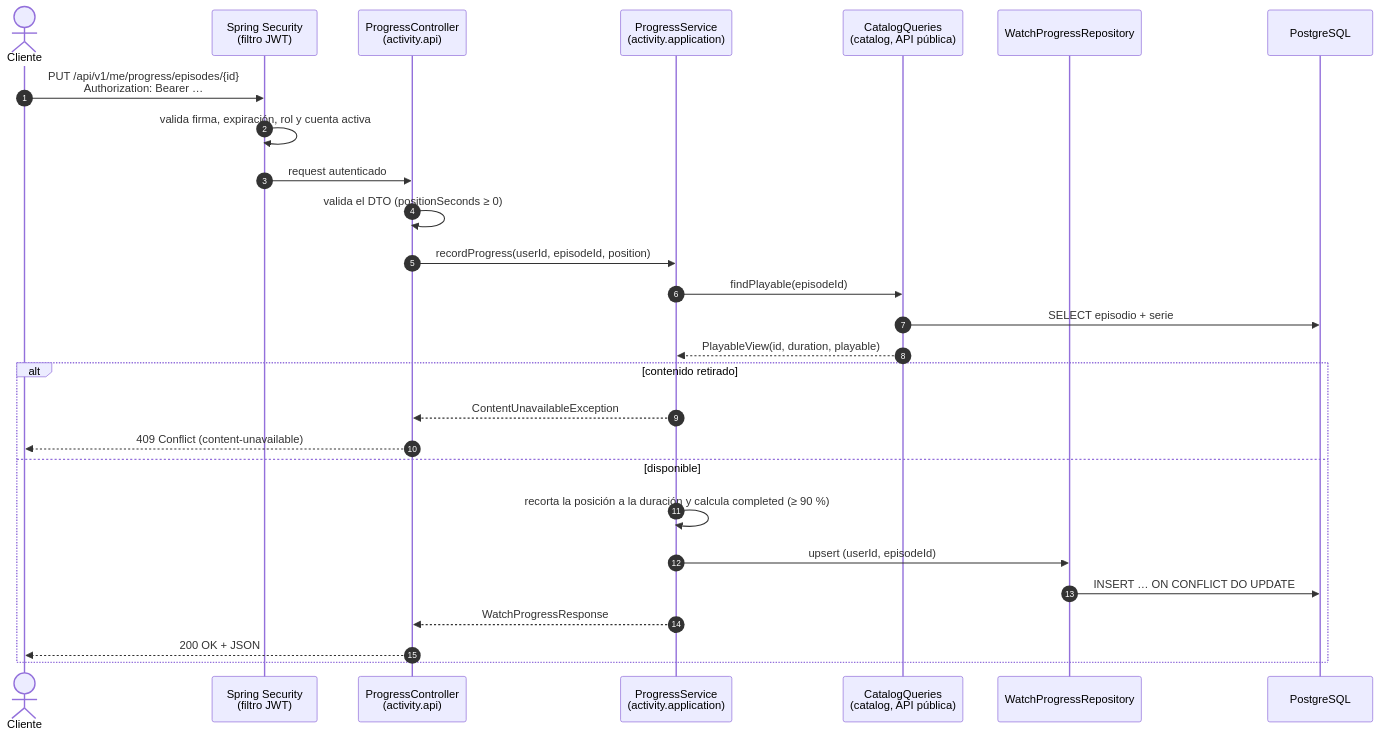
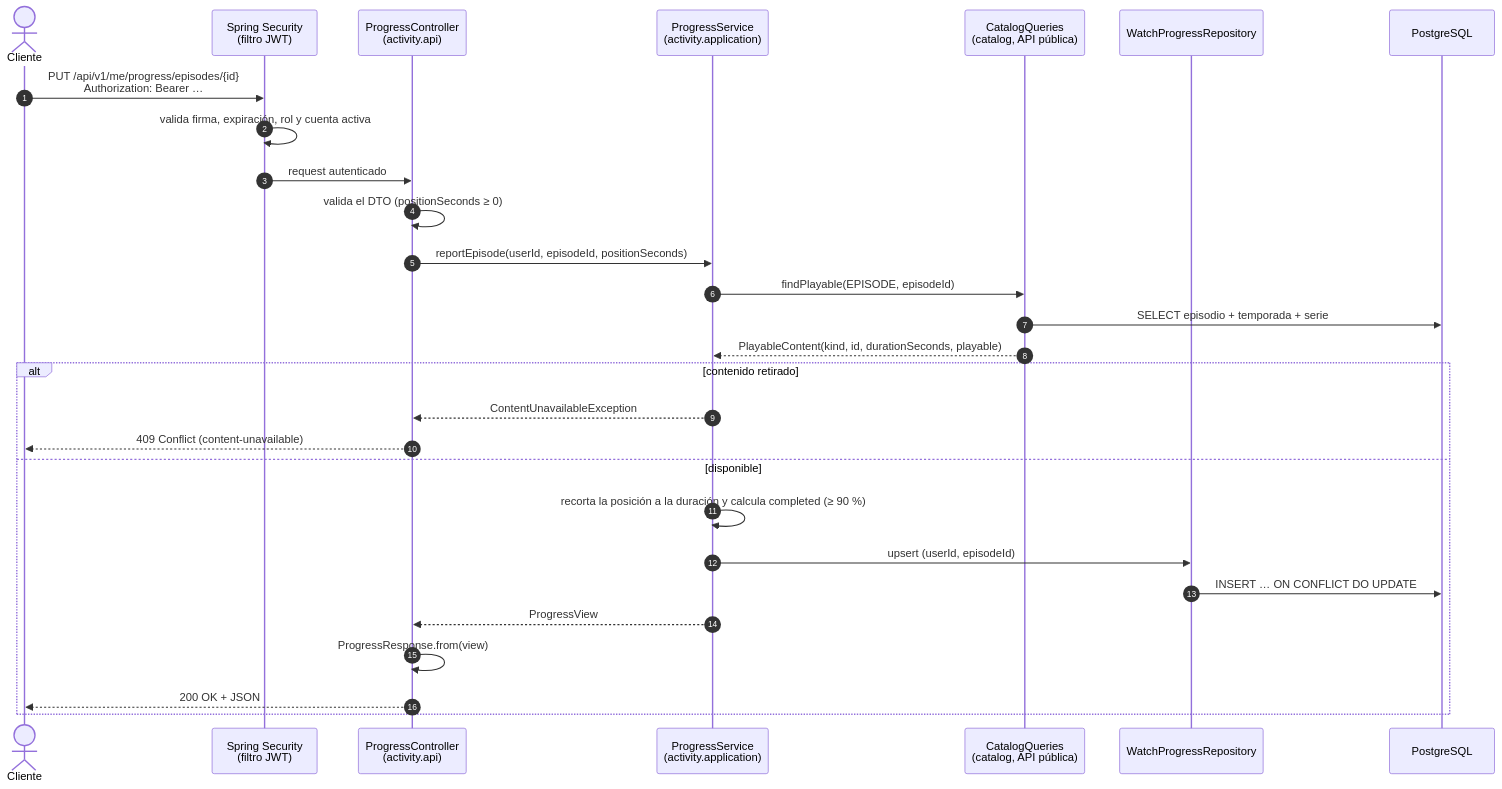
The third of 3 diagrams in docs/02-arquitectura.md (paulaciano/streamstories), drawn with Mermaid before and after one commit. The commit also changed other lines of this file and 29 other files, not shown here.

````diff
--- a/docs/02-arquitectura.md
+++ b/docs/02-arquitectura.md
@@ -167,30 +167,31 @@
 ```mermaid
 sequenceDiagram
     autonumber
     actor U as Cliente
     participant F as Spring Security<br/>(filtro JWT)
     participant C as ProgressController<br/>(activity.api)
     participant S as ProgressService<br/>(activity.application)
     participant Q as CatalogQueries<br/>(catalog, API pública)
     participant R as WatchProgressRepository
     participant DB as PostgreSQL
 
     U->>F: PUT /api/v1/me/progress/episodes/{id}<br/>Authorization: Bearer …
     F->>F: valida firma, expiración, rol y cuenta activa
     F->>C: request autenticado
     C->>C: valida el DTO (positionSeconds ≥ 0)
-    C->>S: recordProgress(userId, episodeId, position)
-    S->>Q: findPlayable(episodeId)
-    Q->>DB: SELECT episodio + serie
-    Q-->>S: PlayableView(id, duration, playable)
+    C->>S: reportEpisode(userId, episodeId, positionSeconds)
+    S->>Q: findPlayable(EPISODE, episodeId)
+    Q->>DB: SELECT episodio + temporada + serie
+    Q-->>S: PlayableContent(kind, id, durationSeconds, playable)
     alt contenido retirado
         S-->>C: ContentUnavailableException
         C-->>U: 409 Conflict (content-unavailable)
     else disponible
         S->>S: recorta la posición a la duración y calcula completed (≥ 90 %)
         S->>R: upsert (userId, episodeId)
         R->>DB: INSERT … ON CONFLICT DO UPDATE
-        S-->>C: WatchProgressResponse
+        S-->>C: ProgressView
+        C->>C: ProgressResponse.from(view)
         C-->>U: 200 OK + JSON
     end
 ```
````
